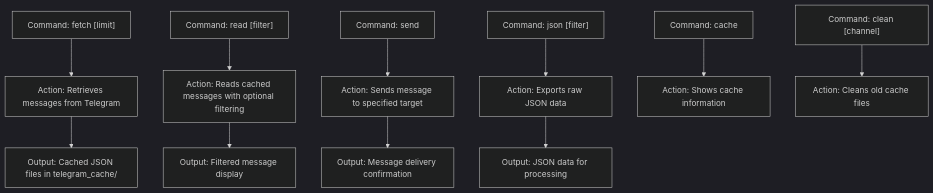
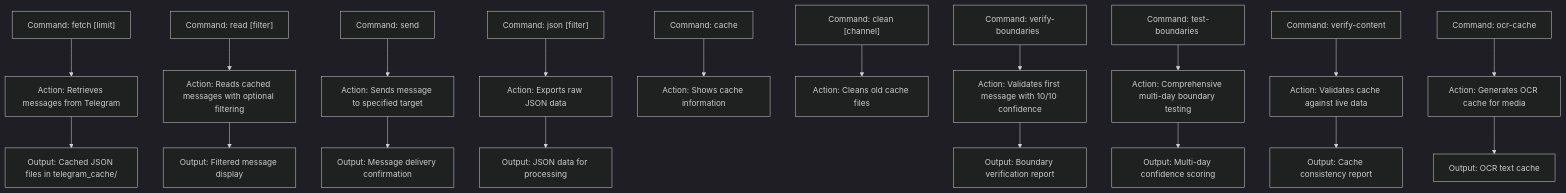
The first of 16 diagrams in .qoder/repowiki/en/content/Advanced Usage/Scripting and Automation.md (almazom/MCP-Fallback-Scripts), drawn with Mermaid (dark theme) before and after one commit. The commit also changed other lines of this file and 18 other files, not shown here.

````diff
--- a/.qoder/repowiki/en/content/Advanced Usage/Scripting and Automation.md
+++ b/.qoder/repowiki/en/content/Advanced Usage/Scripting and Automation.md
@@ -42,13 +46,21 @@
 ```mermaid
 flowchart TD
 A["Command: fetch <channel> [limit]"] --> B["Action: Retrieves messages from Telegram"]
 C["Command: read <channel> [filter]"] --> D["Action: Reads cached messages with optional filtering"]
 E["Command: send <target> <message>"] --> F["Action: Sends message to specified target"]
 G["Command: json <channel> [filter]"] --> H["Action: Exports raw JSON data"]
 I["Command: cache"] --> J["Action: Shows cache information"]
 K["Command: clean [channel]"] --> L["Action: Cleans old cache files"]
-B --> M["Output: Cached JSON files in telegram_cache/"]
-D --> N["Output: Filtered message display"]
-F --> O["Output: Message delivery confirmation"]
-H --> P["Output: JSON data for processing"]
+M["Command: verify-boundaries <channel> <date>"] --> N["Action: Validates first message with 10/10 confidence"]
+O["Command: test-boundaries <channel>"] --> P["Action: Comprehensive multi-day boundary testing"]
+Q["Command: verify-content <cache_file>"] --> R["Action: Validates cache against live data"]
+S["Command: ocr-cache <channel>"] --> T["Action: Generates OCR cache for media"]
+B --> U["Output: Cached JSON files in telegram_cache/"]
+D --> V["Output: Filtered message display"]
+F --> W["Output: Message delivery confirmation"]
+H --> X["Output: JSON data for processing"]
+N --> Y["Output: Boundary verification report"]
+P --> Z["Output: Multi-day confidence scoring"]
+R --> AA["Output: Cache consistency report"]
+T --> AB["Output: OCR text cache"]
 ```
````
